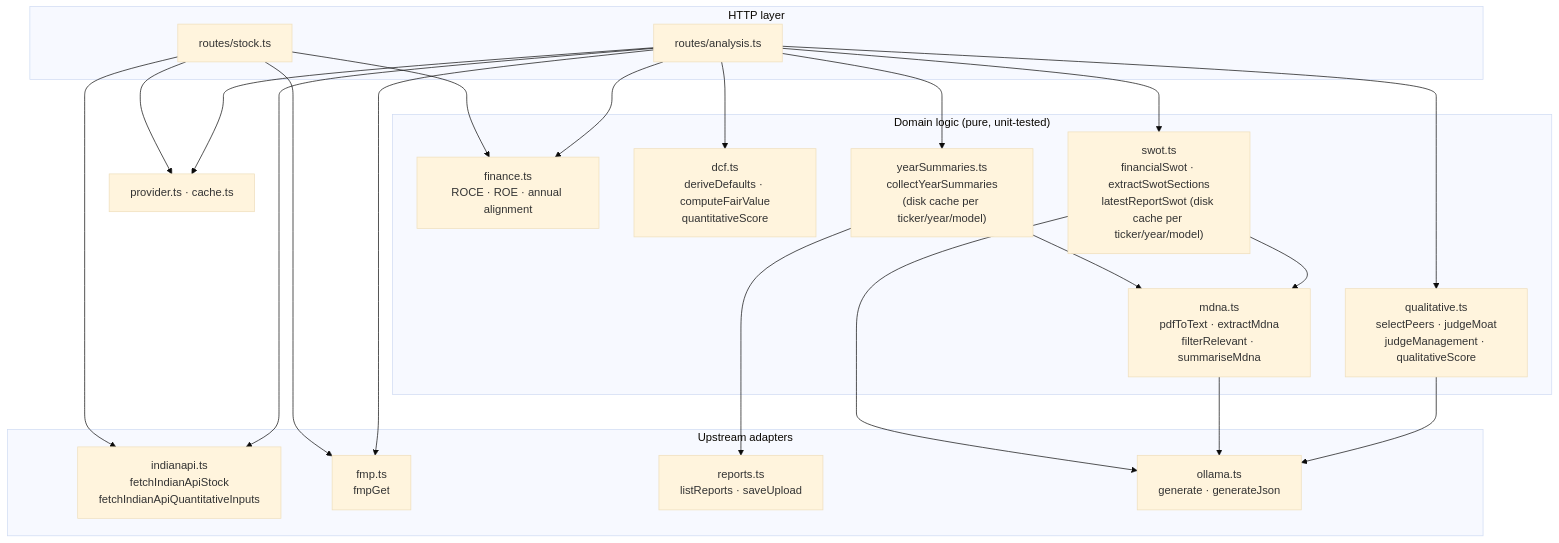
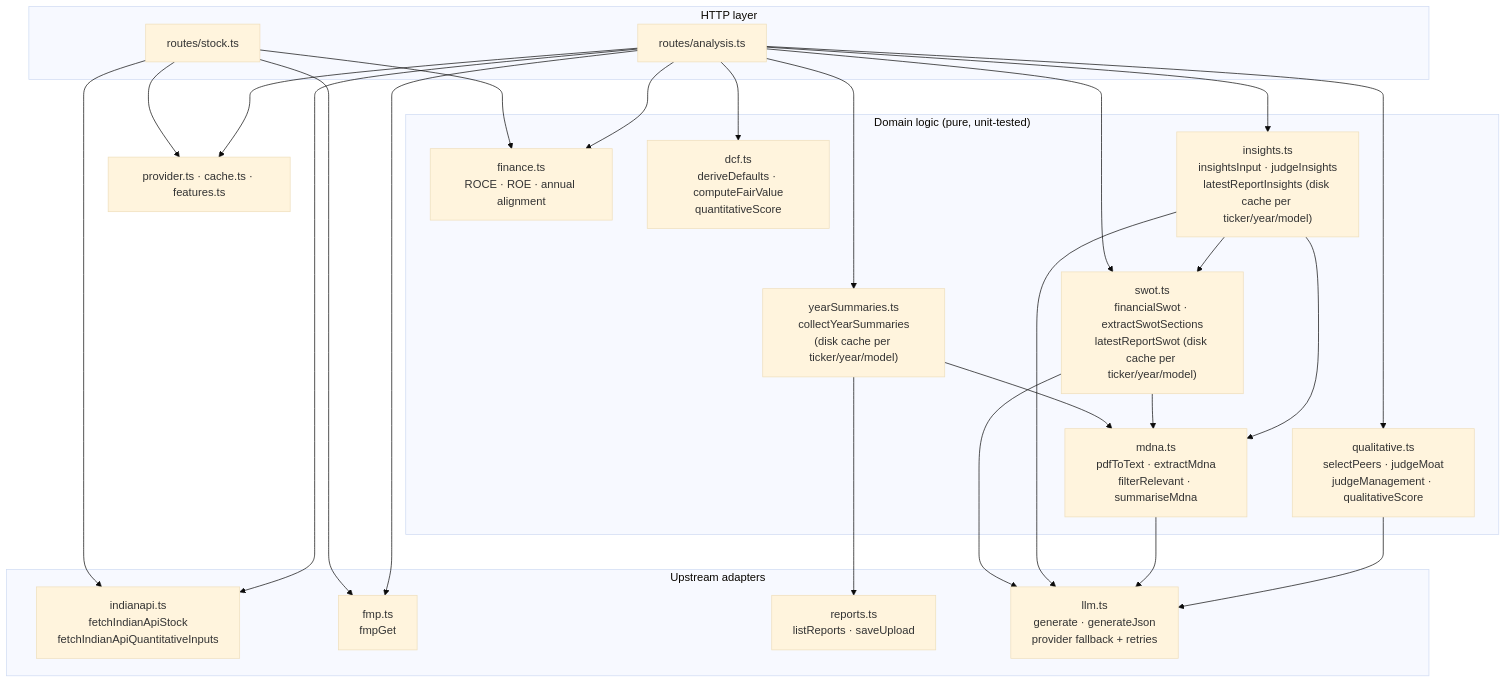
Before and after one commit to vigneshsn/dcf-stock-valuation: the second of 7 diagrams in docs/architecture.md, drawn with Mermaid (base theme). The commit also changed other lines of this file and 21 other files, not shown here.

````diff
--- a/docs/architecture.md
+++ b/docs/architecture.md
@@ -77,32 +79,34 @@
 ```mermaid
 flowchart TB
     subgraph routes["HTTP layer"]
         stockR["routes/stock.ts"]
         analysisR["routes/analysis.ts"]
     end
 
     subgraph adapters["Upstream adapters"]
         indianapi["indianapi.ts<br/>fetchIndianApiStock<br/>fetchIndianApiQuantitativeInputs"]
         fmpA["fmp.ts<br/>fmpGet"]
         reports["reports.ts<br/>listReports · saveUpload"]
-        ollamaA["ollama.ts<br/>generate · generateJson"]
+        llmA["llm.ts<br/>generate · generateJson<br/>provider fallback + retries"]
     end
 
     subgraph domain["Domain logic (pure, unit-tested)"]
         finance["finance.ts<br/>ROCE · ROE · annual alignment"]
         dcf["dcf.ts<br/>deriveDefaults · computeFairValue<br/>quantitativeScore"]
         mdna["mdna.ts<br/>pdfToText · extractMdna<br/>filterRelevant · summariseMdna"]
         years["yearSummaries.ts<br/>collectYearSummaries<br/>(disk cache per ticker/year/model)"]
         qual["qualitative.ts<br/>selectPeers · judgeMoat<br/>judgeManagement · qualitativeScore"]
         swot["swot.ts<br/>financialSwot · extractSwotSections<br/>latestReportSwot (disk cache per ticker/year/model)"]
+        insights["insights.ts<br/>insightsInput · judgeInsights<br/>latestReportInsights (disk cache per ticker/year/model)"]
     end
 
-    infra["provider.ts · cache.ts"]
+    infra["provider.ts · cache.ts · features.ts"]
 
     stockR --> indianapi & fmpA & finance & infra
-    analysisR --> indianapi & fmpA & dcf & years & qual & swot & finance & infra
+    analysisR --> indianapi & fmpA & dcf & years & qual & swot & insights & finance & infra
     years --> reports & mdna
-    swot --> mdna & ollamaA
-    mdna --> ollamaA
-    qual --> ollamaA
+    swot --> mdna & llmA
+    insights --> mdna & swot & llmA
+    mdna --> llmA
+    qual --> llmA
 ```
````
